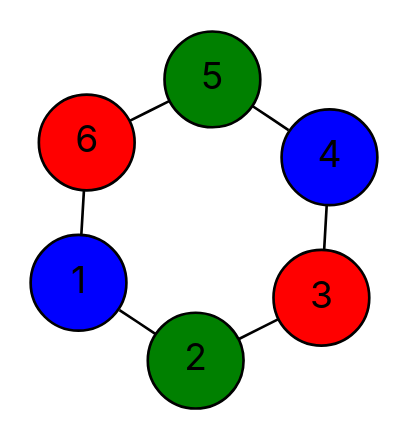
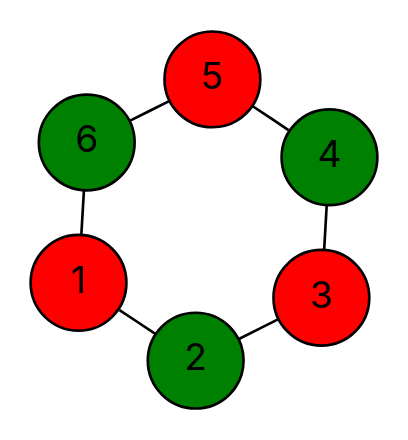
Before and after one commit to vercah/vertex-coloring: the diagram in data/final-dots/easy-02-parallel.dot, drawn with Graphviz. The commit also changed 92 other files, not shown here.

```diff
--- a/data/final-dots/easy-02-parallel.dot
+++ b/data/final-dots/easy-02-parallel.dot
@@ -1,18 +1,18 @@
 graph G {
   layout=neato;
   overlap=false;
   splines=true;
   node [shape=circle, style=filled, fontname=Inter];
-  1 [label="1", fillcolor="blue", tooltip="v1 color 2"];
+  1 [label="1", fillcolor="red", tooltip="v1 color 0"];
   2 [label="2", fillcolor="green", tooltip="v2 color 1"];
   3 [label="3", fillcolor="red", tooltip="v3 color 0"];
-  4 [label="4", fillcolor="blue", tooltip="v4 color 2"];
-  5 [label="5", fillcolor="green", tooltip="v5 color 1"];
-  6 [label="6", fillcolor="red", tooltip="v6 color 0"];
+  4 [label="4", fillcolor="green", tooltip="v4 color 1"];
+  5 [label="5", fillcolor="red", tooltip="v5 color 0"];
+  6 [label="6", fillcolor="green", tooltip="v6 color 1"];
   1 -- 2;
   1 -- 6;
   2 -- 3;
   3 -- 4;
   4 -- 5;
   5 -- 6;
 }
```
